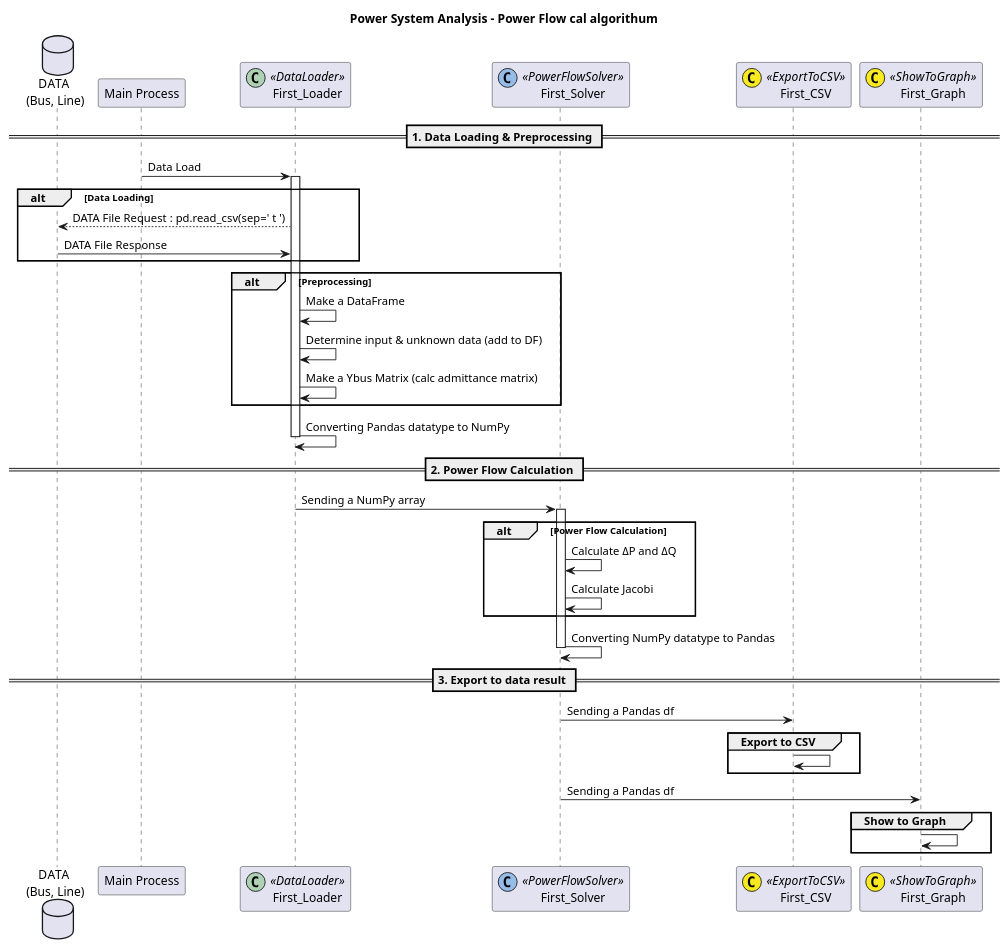
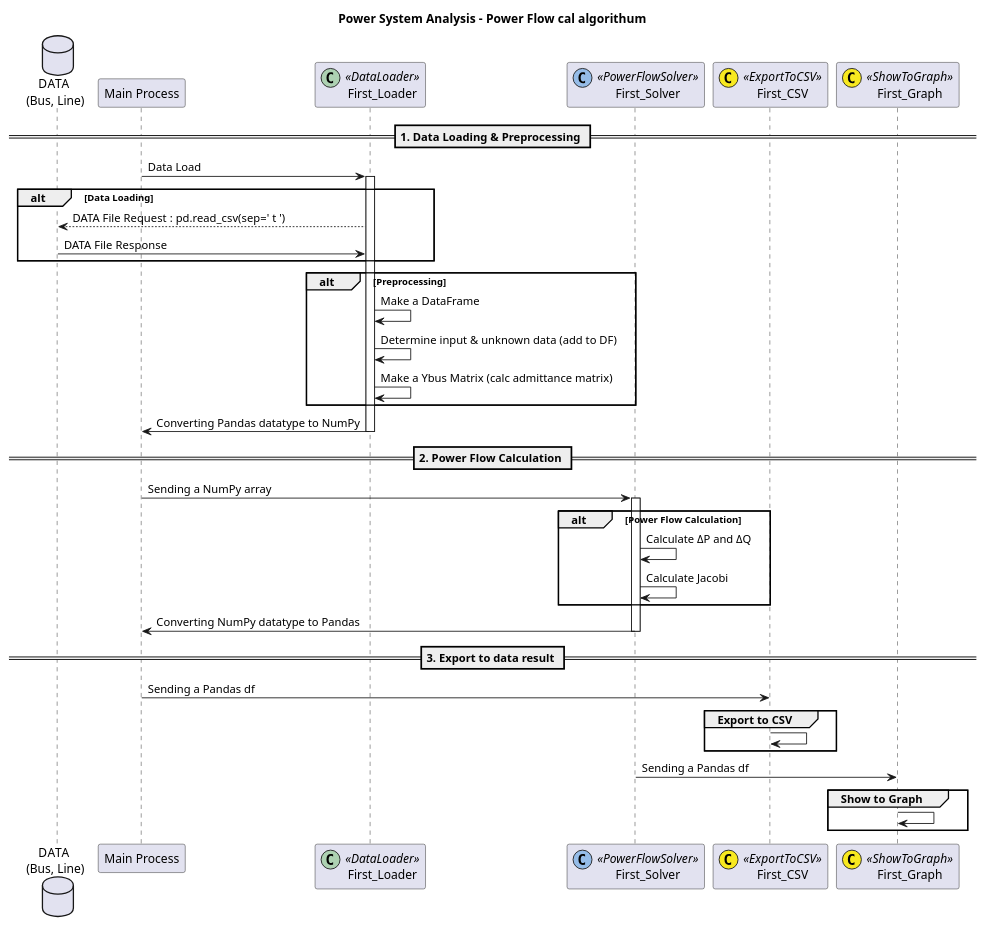
Before and after one commit to sumiiP/PSL_power_flow: the diagram in Diagram/4_power_flow_cal.puml, drawn with PlantUML. The commit also changed 14 other files, not shown here.

Commit message:
[REFACTOR] Modify to architecture and Added to read_data_file funtion in DataLoader

```diff
--- a/Diagram/4_power_flow_cal.puml
+++ b/Diagram/4_power_flow_cal.puml
@@ -1,51 +1,51 @@
 @startuml
 title Power System Analysis - Power Flow cal algorithum
 
 database "DATA \n(Bus, Line)" as DATA
 participant "Main Process" as M
 'defind class
 participant First_Loader << (C,#ADD1B2) DataLoader >>
 participant First_Solver << (C,#95bce8) PowerFlowSolver >>
 participant First_CSV << (C, #f8e920) ExportToCSV>>
 participant First_Graph << (C, #f8e920) ShowToGraph>>
 
 == 1. Data Loading & Preprocessing ==
 
 M -> First_Loader : Data Load
 activate First_Loader
     alt Data Loading
         First_Loader --> DATA : DATA File Request : pd.read_csv(sep=' t ')
         DATA -> First_Loader : DATA File Response
     end
 
     alt Preprocessing
         First_Loader -> First_Loader : Make a DataFrame
         First_Loader -> First_Loader : Determine input & unknown data (add to DF)
         First_Loader -> First_Loader : Make a Ybus Matrix (calc admittance matrix)
     end
-        First_Loader -> First_Loader : Converting Pandas datatype to NumPy
+        First_Loader -> M : Converting Pandas datatype to NumPy
 deactivate First_Loader
 
 == 2. Power Flow Calculation ==
 
-First_Loader -> First_Solver : Sending a NumPy array
+M -> First_Solver : Sending a NumPy array
 activate First_Solver
     alt Power Flow Calculation
         First_Solver -> First_Solver : Calculate ΔP and ΔQ
         First_Solver -> First_Solver : Calculate Jacobi
     end
-First_Solver -> First_Solver : Converting NumPy datatype to Pandas
+First_Solver -> M : Converting NumPy datatype to Pandas
 deactivate First_Solver
 
 == 3. Export to data result ==
-First_Solver -> First_CSV : Sending a Pandas df
+M -> First_CSV : Sending a Pandas df
 group Export to CSV
     First_CSV -> First_CSV : 
 end
 
 First_Solver -> First_Graph : Sending a Pandas df
 group Show to Graph
     First_Graph -> First_Graph :
 end
 
 @enduml
```
